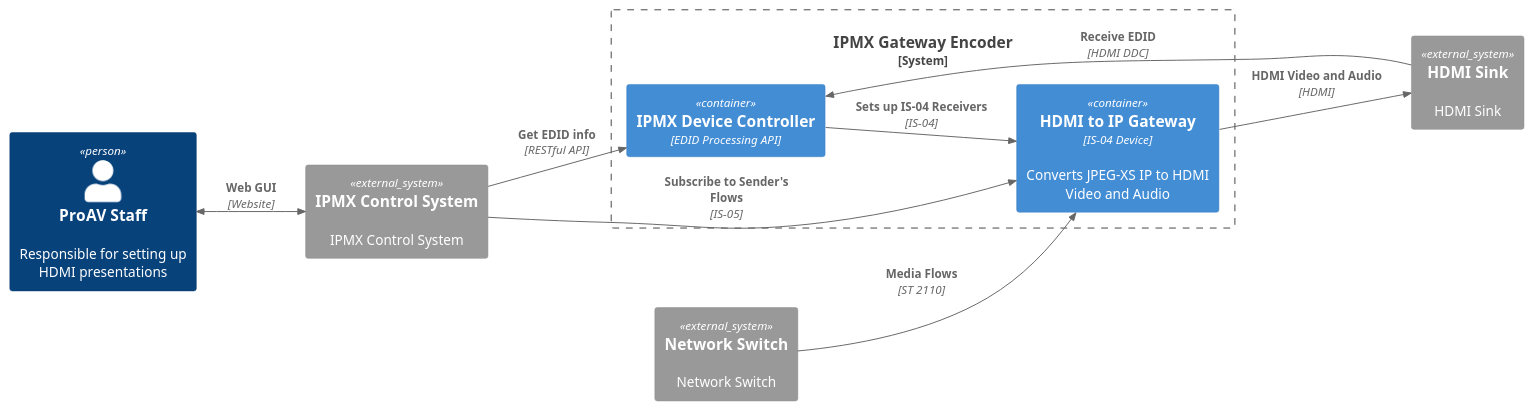
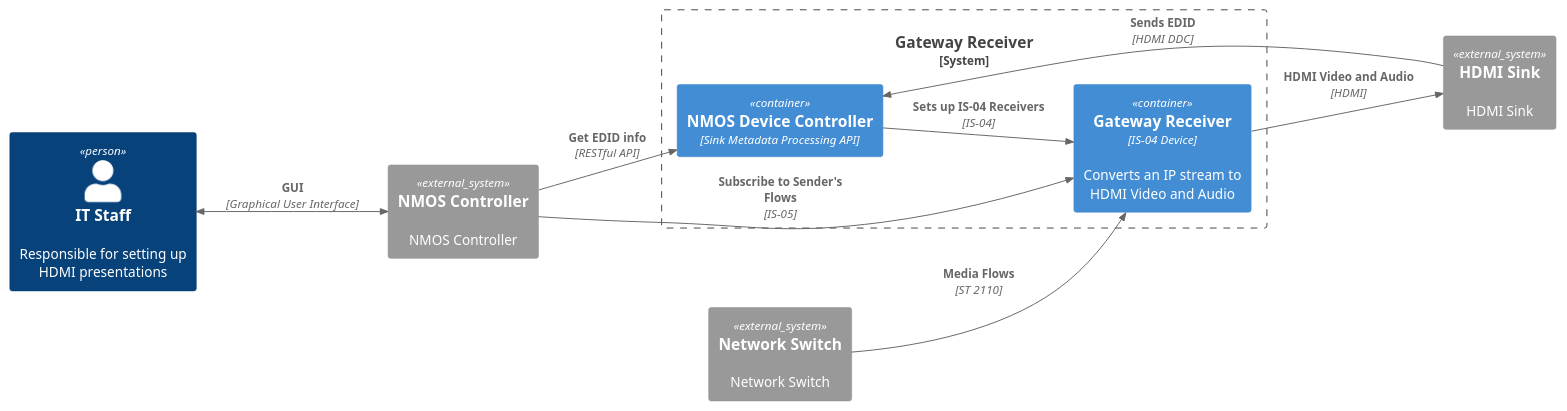
Before and after one commit to AMWA-TV/bcp-005-01: the diagram in docs/images/puml/ipmx_decoder_component_diagram.puml, drawn with PlantUML. The commit also changed 19 other files, not shown here.

First line of the commit message:
Update language in Architecture document (#45)

```diff
--- a/docs/images/puml/ipmx_decoder_component_diagram.puml
+++ b/docs/images/puml/ipmx_decoder_component_diagram.puml
@@ -1,24 +1,24 @@
 @startuml
 !include https://raw.githubusercontent.com/plantuml-stdlib/C4-PlantUML/master/C4_Container.puml
 
 LAYOUT_LEFT_RIGHT()
 
-Person(person, "ProAV Staff", "Responsible for setting up HDMI presentations")
+Person(person, "IT Staff", "Responsible for setting up HDMI presentations")
 
-System_Ext(ics, "IPMX Control System", "IPMX Control System")
+System_Ext(ics, "NMOS Controller", "NMOS Controller")
 System_Ext(hdmi, "HDMI Sink", "HDMI Sink")
 System_Ext(switch, "Network Switch", "Network Switch")
 
-System_Boundary(proav, "IPMX Gateway Encoder") {
-    Container(gw, "HDMI to IP Gateway", "IS-04 Device", "Converts JPEG-XS IP to HDMI Video and Audio")
-    Container(ipmx_controller, "IPMX Device Controller", "EDID Processing API", "")
+System_Boundary(proav, "Gateway Receiver") {
+    Container(gw, "Gateway Receiver", "IS-04 Device", "Converts an IP stream to HDMI Video and Audio")
+    Container(ipmx_controller, "NMOS Device Controller", "Sink Metadata Processing API", "")
 }
 
-BiRel(person, ics, "Web GUI", "Website")
+BiRel(person, ics, "GUI", "Graphical User Interface")
 Rel(ics, ipmx_controller, "Get EDID info", "RESTful API")
-Rel(hdmi, ipmx_controller, "Receive EDID", "HDMI DDC")
+Rel(hdmi, ipmx_controller, "Sends EDID", "HDMI DDC")
 Rel(ipmx_controller, gw, "Sets up IS-04 Receivers", "IS-04")
 Rel(ics, gw, "Subscribe to Sender's Flows", "IS-05")
 Rel(gw, hdmi, "HDMI Video and Audio", "HDMI")
 Rel(switch, gw, "Media Flows", "ST 2110")
 @enduml
```
